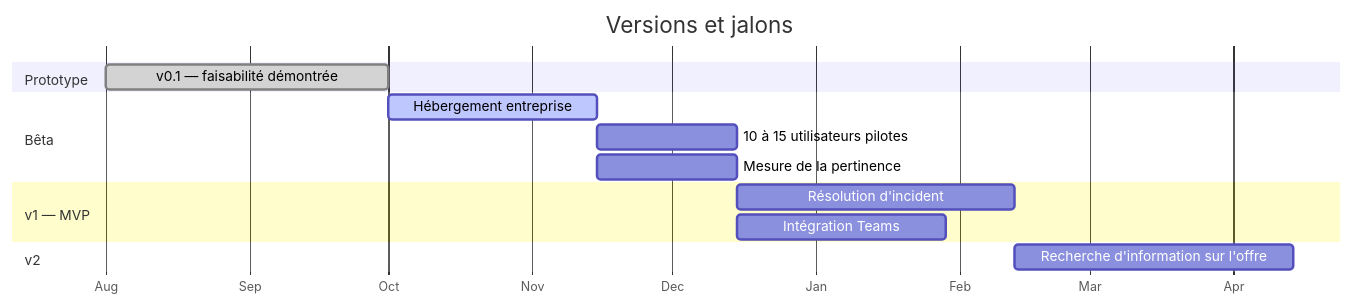
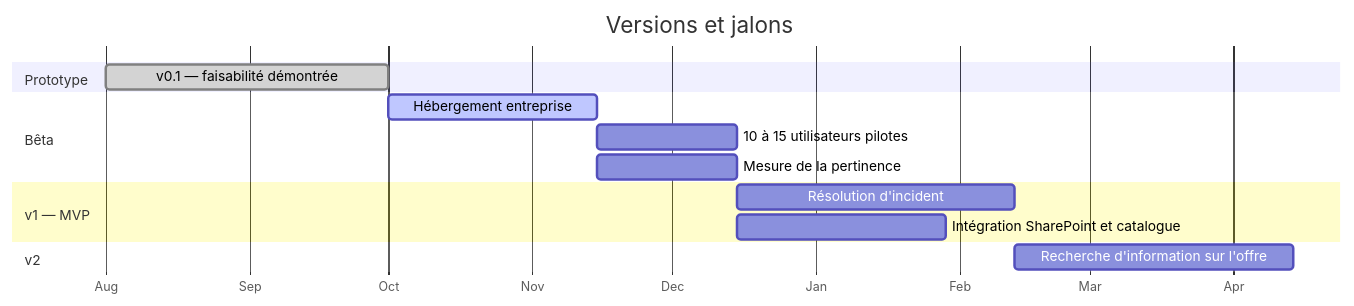
One commit to margotmc-web/Chatbot_PPV_BC07 changed the diagram in 6-plan-de-release.md. Above: the diagram before and after it, drawn with Mermaid. The commit also changed 11 other files, not shown here.

````diff
--- a/6-plan-de-release.md
+++ b/6-plan-de-release.md
@@ -3,17 +3,17 @@
 ```mermaid
 gantt
     title Versions et jalons
     dateFormat YYYY-MM-DD
     axisFormat %b
     section Prototype
     v0.1 — faisabilité démontrée      :done, p1, 2026-08-01, 2026-10-01
     section Bêta
     Hébergement entreprise            :active, b1, 2026-10-01, 45d
     10 à 15 utilisateurs pilotes      :b2, after b1, 30d
     Mesure de la pertinence           :b3, after b1, 30d
     section v1 — MVP
     Résolution d'incident             :v1, after b2, 60d
-    Intégration Teams                 :v1b, after b2, 45d
+    Intégration SharePoint et catalogue :v1b, after b2, 45d
     section v2
     Recherche d'information sur l'offre :v2, after v1, 60d
 ```
````
